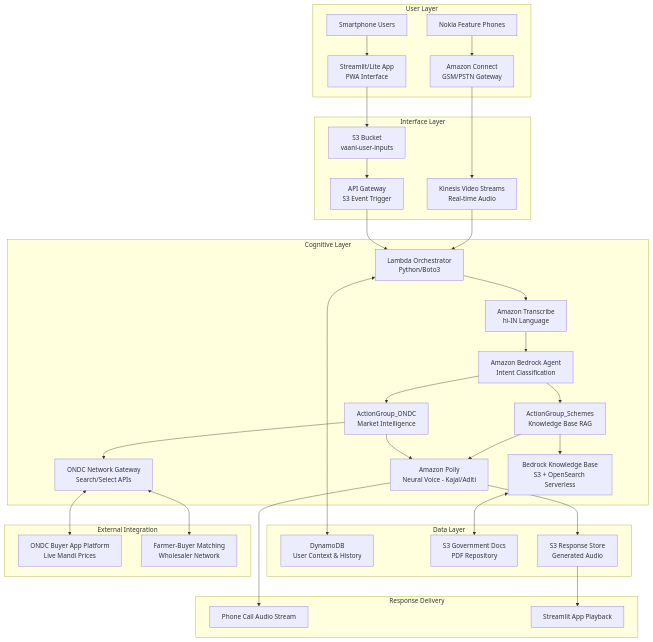
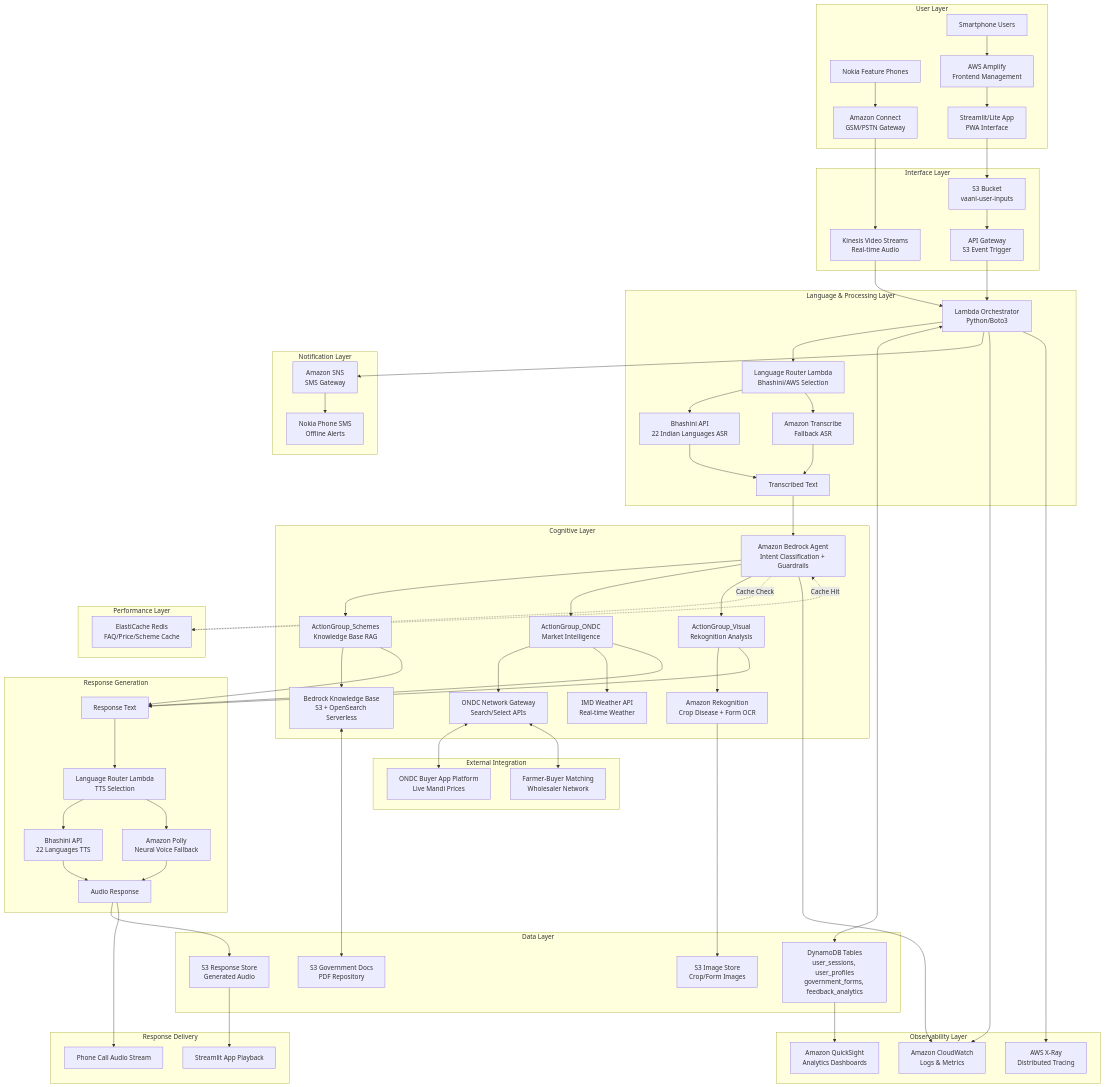
Before and after one commit to Karthikeya-man/Vaani-Sahayak: the first of 2 diagrams in .kiro/specs/vaani-sahayak/design.md, drawn with Mermaid. The commit also changed other lines of this file and 1 other file, not shown here.

Commit message:
feat: Add enterprise-grade architecture with Bhashini, ElastiCache, Rekognition, Guardrails, IMD Weather, SNS, and enhanced observability

````diff
--- a/.kiro/specs/vaani-sahayak/design.md
+++ b/.kiro/specs/vaani-sahayak/design.md
@@ -31,44 +45,87 @@
 graph TB
     subgraph "User Layer"
         A[Nokia Feature Phones] --> B[Amazon Connect<br/>GSM/PSTN Gateway]
-        C[Smartphone Users] --> D[Streamlit/Lite App<br/>PWA Interface]
+        C[Smartphone Users] --> D[AWS Amplify<br/>Frontend Management]
+        D --> E[Streamlit/Lite App<br/>PWA Interface]
     end
     
     subgraph "Interface Layer"
-        B --> E[Kinesis Video Streams<br/>Real-time Audio]
-        D --> F[S3 Bucket<br/>vaani-user-inputs]
-        F --> G[API Gateway<br/>S3 Event Trigger]
+        B --> F[Kinesis Video Streams<br/>Real-time Audio]
+        E --> G[S3 Bucket<br/>vaani-user-inputs]
+        G --> H[API Gateway<br/>S3 Event Trigger]
+    end
+    
+    subgraph "Language & Processing Layer"
+        F --> I[Lambda Orchestrator<br/>Python/Boto3]
+        H --> I
+        I --> J[Language Router Lambda<br/>Bhashini/AWS Selection]
+        J --> K[Bhashini API<br/>22 Indian Languages ASR]
+        J --> L[Amazon Transcribe<br/>Fallback ASR]
+        K --> M[Transcribed Text]
+        L --> M
     end
     
     subgraph "Cognitive Layer"
-        E --> H[Lambda Orchestrator<br/>Python/Boto3]
-        G --> H
-        H --> I[Amazon Transcribe<br/>hi-IN Language]
-        I --> J[Amazon Bedrock Agent<br/>Intent Classification]
+        M --> N[Amazon Bedrock Agent<br/>Intent Classification + Guardrails]
         
-        J --> K[ActionGroup_Schemes<br/>Knowledge Base RAG]
-        J --> L[ActionGroup_ONDC<br/>Market Intelligence]
+        N --> O[ActionGroup_Schemes<br/>Knowledge Base RAG]
+        N --> P[ActionGroup_ONDC<br/>Market Intelligence]
+        N --> Q[ActionGroup_Visual<br/>Rekognition Analysis]
         
-        K --> M[Bedrock Knowledge Base<br/>S3 + OpenSearch Serverless]
-        L --> N[ONDC Network Gateway<br/>Search/Select APIs]
-        
-        K --> O[Amazon Polly<br/>Neural Voice - Kajal/Aditi]
-        L --> O
+        O --> R[Bedrock Knowledge Base<br/>S3 + OpenSearch Serverless]
+        P --> S[ONDC Network Gateway<br/>Search/Select APIs]
+        P --> T[IMD Weather API<br/>Real-time Weather]
+        Q --> U[Amazon Rekognition<br/>Crop Disease + Form OCR]
+    end
+    
+    subgraph "Performance Layer"
+        V[ElastiCache Redis<br/>FAQ/Price/Scheme Cache]
+        N -.Cache Check.-> V
+        V -.Cache Hit.-> N
+    end
+    
+    subgraph "Response Generation"
+        O --> W[Response Text]
+        P --> W
+        Q --> W
+        W --> X[Language Router Lambda<br/>TTS Selection]
+        X --> Y[Bhashini API<br/>22 Languages TTS]
+        X --> Z[Amazon Polly<br/>Neural Voice Fallback]
+        Y --> AA[Audio Response]
+        Z --> AA
     end
     
     subgraph "Data Layer"
-        H <--> P[DynamoDB<br/>User Context & History]
-        M <--> Q[S3 Government Docs<br/>PDF Repository]
-        O --> R[S3 Response Store<br/>Generated Audio]
+        I <--> AB[DynamoDB Tables<br/>user_sessions, user_profiles<br/>government_forms, feedback_analytics]
+        R <--> AC[S3 Government Docs<br/>PDF Repository]
+        AA --> AD[S3 Response Store<br/>Generated Audio]
+        U --> AE[S3 Image Store<br/>Crop/Form Images]
     end
     
     subgraph "Response Delivery"
-        O --> S[Phone Call Audio Stream]
-        R --> T[Streamlit App Playback]
+        AA --> AF[Phone Call Audio Stream]
+        AD --> AG[Streamlit App Playback]
+    end
+    
+    subgraph "Notification Layer"
+        AH[Amazon SNS<br/>SMS Gateway]
+        I --> AH
+        AH --> AI[Nokia Phone SMS<br/>Offline Alerts]
+    end
+    
+    subgraph "Observability Layer"
+        AJ[Amazon CloudWatch<br/>Logs & Metrics]
+        AK[AWS X-Ray<br/>Distributed Tracing]
+        AL[Amazon QuickSight<br/>Analytics Dashboards]
+        
+        I --> AJ
+        N --> AJ
+        I --> AK
+        AB --> AL
     end
     
     subgraph "External Integration"
-        N <--> U[ONDC Buyer App Platform<br/>Live Mandi Prices]
-        N <--> V[Farmer-Buyer Matching<br/>Wholesaler Network]
+        S <--> AM[ONDC Buyer App Platform<br/>Live Mandi Prices]
+        S <--> AN[Farmer-Buyer Matching<br/>Wholesaler Network]
     end
 ```
````
